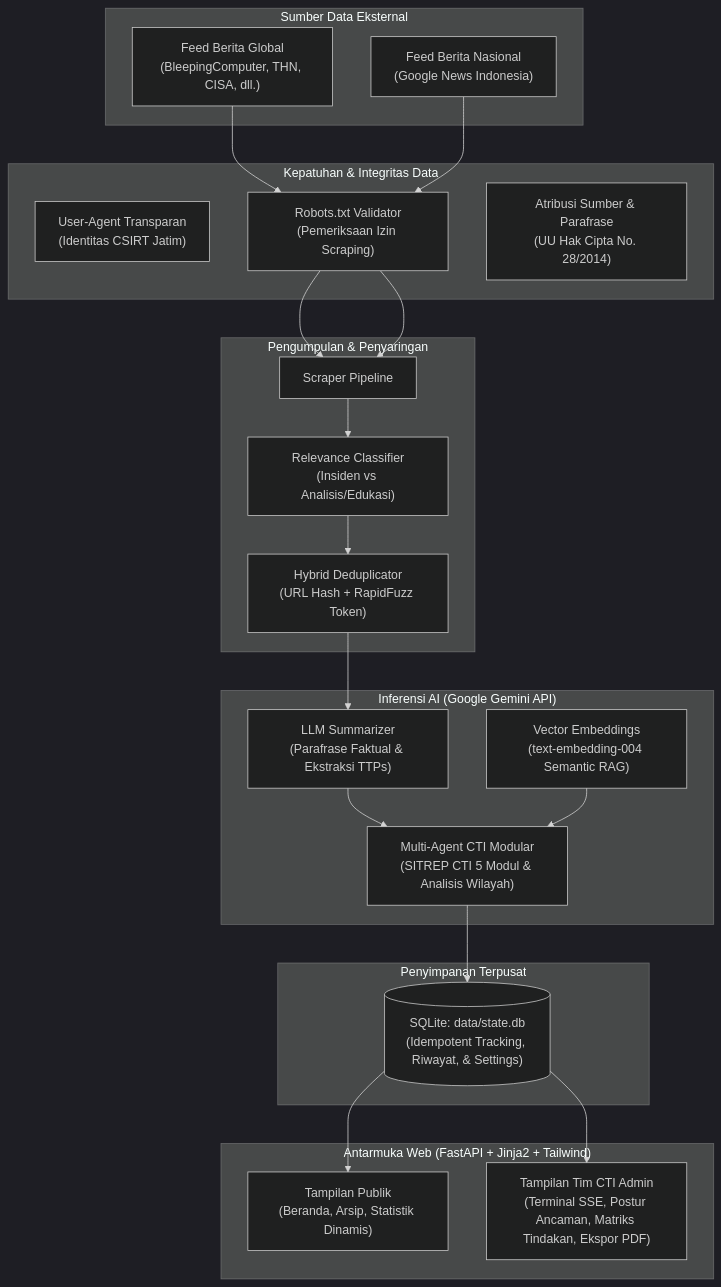
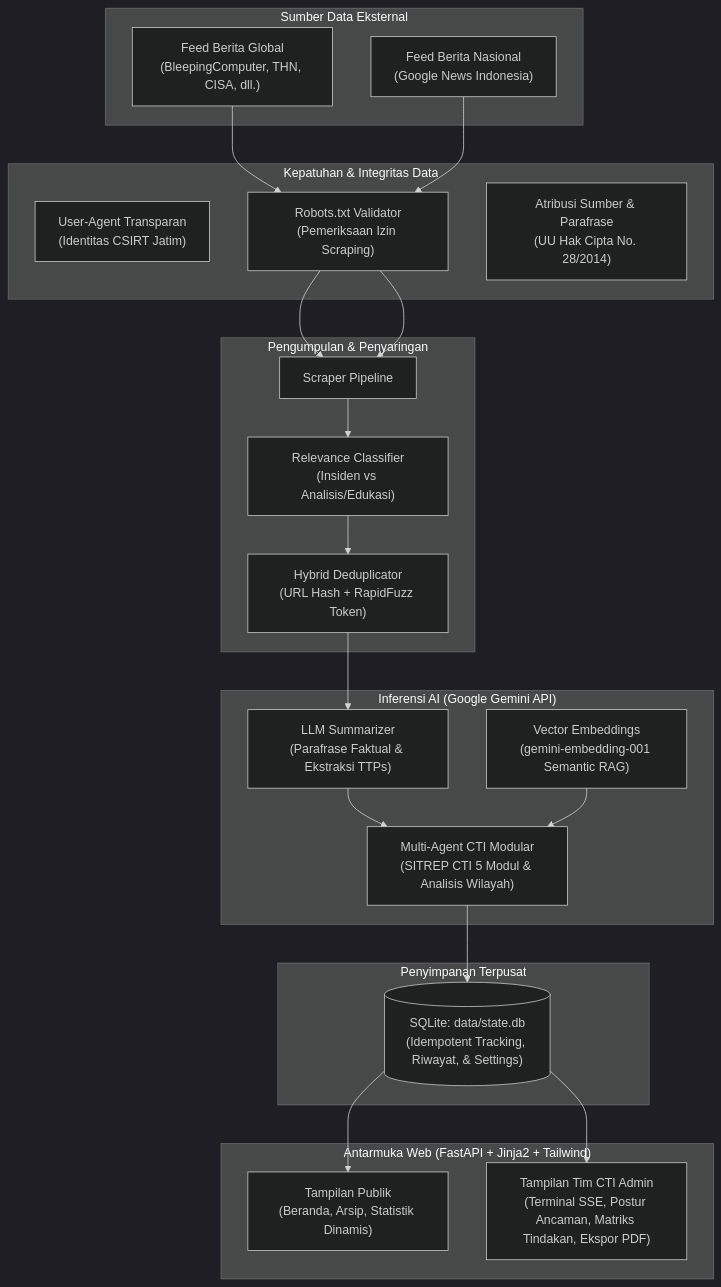
One commit to Kifansa/SiberHarian changed the diagram in README.md. Above: the diagram before and after it, drawn with Mermaid (dark theme). The commit also changed other lines of this file and 391 other files, not shown here.

````diff
--- a/README.md
+++ b/README.md
@@ -30,46 +30,46 @@
 ```mermaid
 flowchart TD
     subgraph DataSources["Sumber Data Eksternal"]
         RSS_INT["Feed Berita Global\n(BleepingComputer, THN, CISA, dll.)"]
         RSS_NAS["Feed Berita Nasional\n(Google News Indonesia)"]
     end
 
     subgraph Compliance["Kepatuhan & Integritas Data"]
         UA["User-Agent Transparan\n(Identitas CSIRT Jatim)"]
         ROBOTS["Robots.txt Validator\n(Pemeriksaan Izin Scraping)"]
         DISCLAIMER["Atribusi Sumber & Parafrase\n(UU Hak Cipta No. 28/2014)"]
     end
 
     subgraph Ingestion["Pengumpulan & Penyaringan"]
         SCRAPER["Scraper Pipeline"]
         CLASSIFIER["Relevance Classifier\n(Insiden vs Analisis/Edukasi)"]
         DEDUP["Hybrid Deduplicator\n(URL Hash + RapidFuzz Token)"]
     end
 
     subgraph CloudAI["Inferensi AI (Google Gemini API)"]
         LLM_SUM["LLM Summarizer\n(Parafrase Faktual & Ekstraksi TTPs)"]
         CTI_AGENT["Multi-Agent CTI Modular\n(SITREP CTI 5 Modul & Analisis Wilayah)"]
-        EMBED["Vector Embeddings\n(text-embedding-004 Semantic RAG)"]
+        EMBED["Vector Embeddings\n(gemini-embedding-001 Semantic RAG)"]
     end
 
     subgraph Storage["Penyimpanan Terpusat"]
         DB[("SQLite: data/state.db\n(Idempotent Tracking, Riwayat, & Settings)")]
     end
 
     subgraph Presentation["Antarmuka Web (FastAPI + Jinja2 + Tailwind)"]
         PUB_UI["Tampilan Publik\n(Beranda, Arsip, Statistik Dinamis)"]
         ADM_UI["Tampilan Tim CTI Admin\n(Terminal SSE, Postur Ancaman, Matriks Tindakan, Ekspor PDF)"]
     end
 
     RSS_INT --> ROBOTS --> SCRAPER
     RSS_NAS --> ROBOTS --> SCRAPER
 
     SCRAPER --> CLASSIFIER --> DEDUP
     DEDUP --> LLM_SUM
     LLM_SUM --> CTI_AGENT
     CTI_AGENT --> DB
     EMBED --> CTI_AGENT
 
     DB --> PUB_UI
     DB --> ADM_UI
 ```
````
